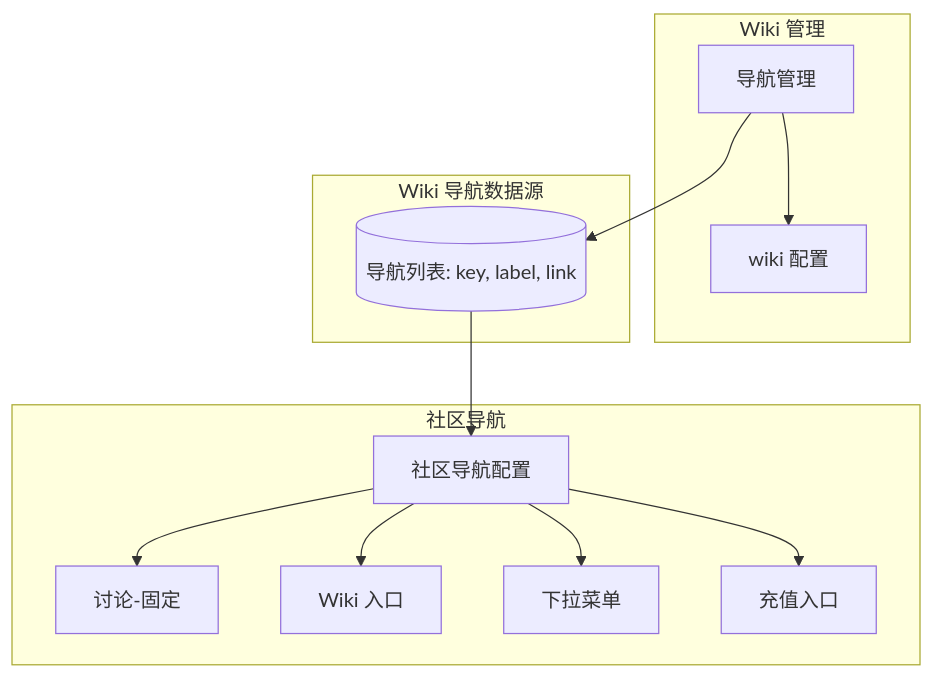
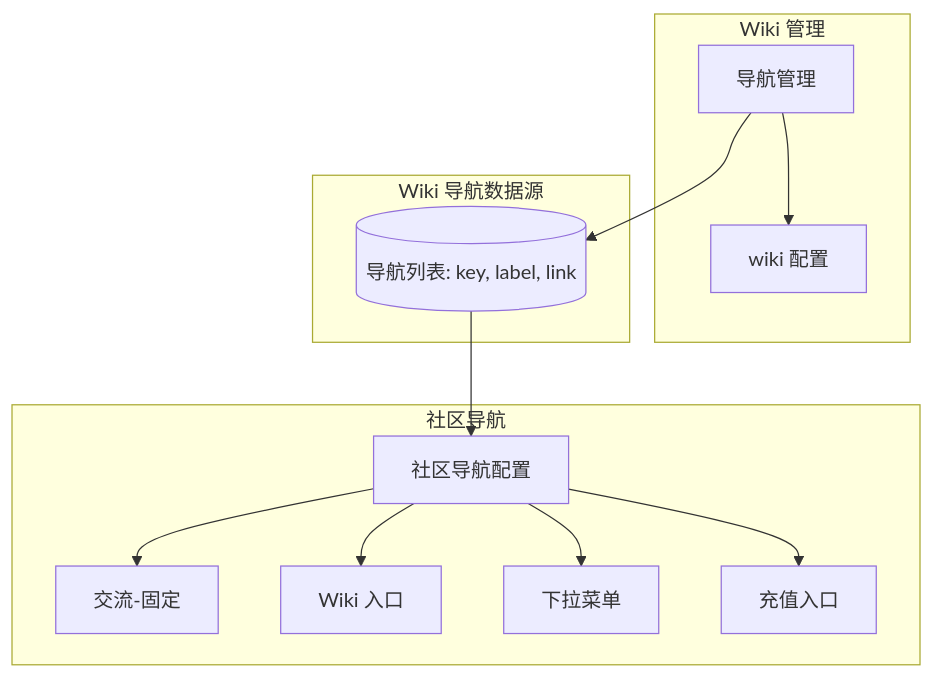
One commit to Chantinoo/joytap-admin changed the first of 3 diagrams in docs/PRD-社区导航与Wiki管理.md. Above: the diagram before and after it, drawn with Mermaid. The commit also changed other lines of this file and 5 other files, not shown here.

````diff
--- a/docs/PRD-社区导航与Wiki管理.md
+++ b/docs/PRD-社区导航与Wiki管理.md
@@ -22,27 +22,27 @@
 ```mermaid
 flowchart TB
     subgraph Wiki管理["Wiki 管理"]
         NavManage[导航管理]
         WikiConfig[wiki 配置]
         NavManage --> WikiConfig
     end
 
     subgraph 数据源["Wiki 导航数据源"]
         NavList[(导航列表: key, label, link)]
     end
 
     subgraph 社区导航["社区导航"]
         CommunityNav[社区导航配置]
-        Discussion[讨论-固定]
+        Discussion[交流-固定]
         WikiEntry[Wiki 入口]
         Dropdown[下拉菜单]
         Recharge[充值入口]
     end
 
     NavManage --> NavList
     NavList --> CommunityNav
     CommunityNav --> Discussion
     CommunityNav --> WikiEntry
     CommunityNav --> Dropdown
     CommunityNav --> Recharge
 ```
````
